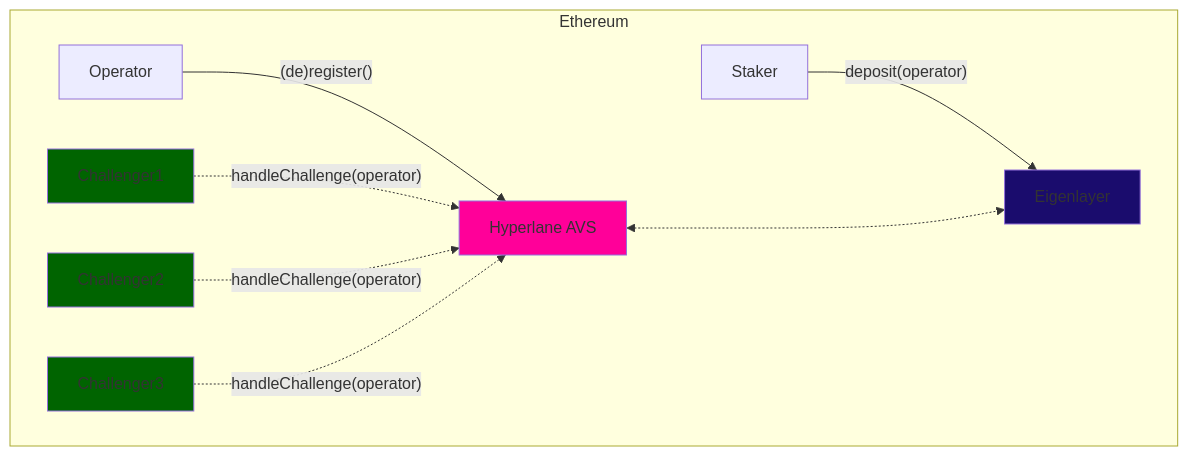
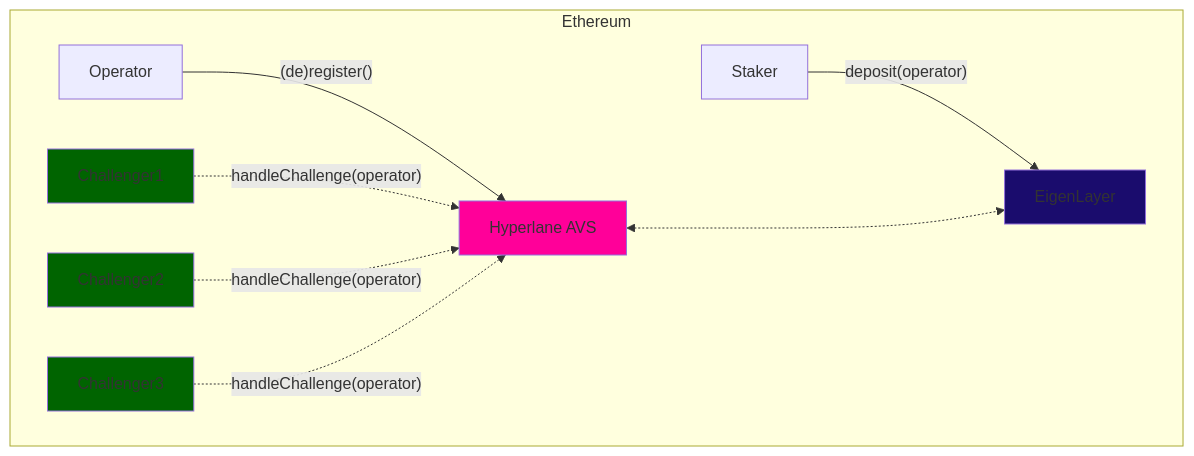
Before and after one commit to hyperlane-xyz/v3-docs: the first of 6 diagrams in docs/protocol/eigenlayer-avs.mdx, drawn with Mermaid. The commit also changed other lines of this file, not shown here.

````diff
--- a/docs/protocol/eigenlayer-avs.mdx
+++ b/docs/protocol/eigenlayer-avs.mdx
@@ -9,26 +9,26 @@
 ```mermaid
 flowchart TB
     subgraph Ethereum
       Staker
       Operator
-      EL[Eigenlayer]
+      EL[EigenLayer]
       H_AVS[Hyperlane AVS]
       CH1[Challenger1]
       CH2[Challenger2]
       CH3[Challenger3]
 
       Operator -- "(de)register()" --> H_AVS
       Staker -- "deposit(operator)" --> EL
 
       H_AVS <-..-> EL
       CH1 -. "handleChallenge(operator)" .-> H_AVS
       CH2 -. "handleChallenge(operator)" .-> H_AVS
       CH3 -. "handleChallenge(operator)" .-> H_AVS
 
       style H_AVS fill: #FF0099
       style EL fill: #1a0c6d
       style CH1 fill: #006400
       style CH2 fill: #006400
       style CH3 fill: #006400
     end
 ```
````
